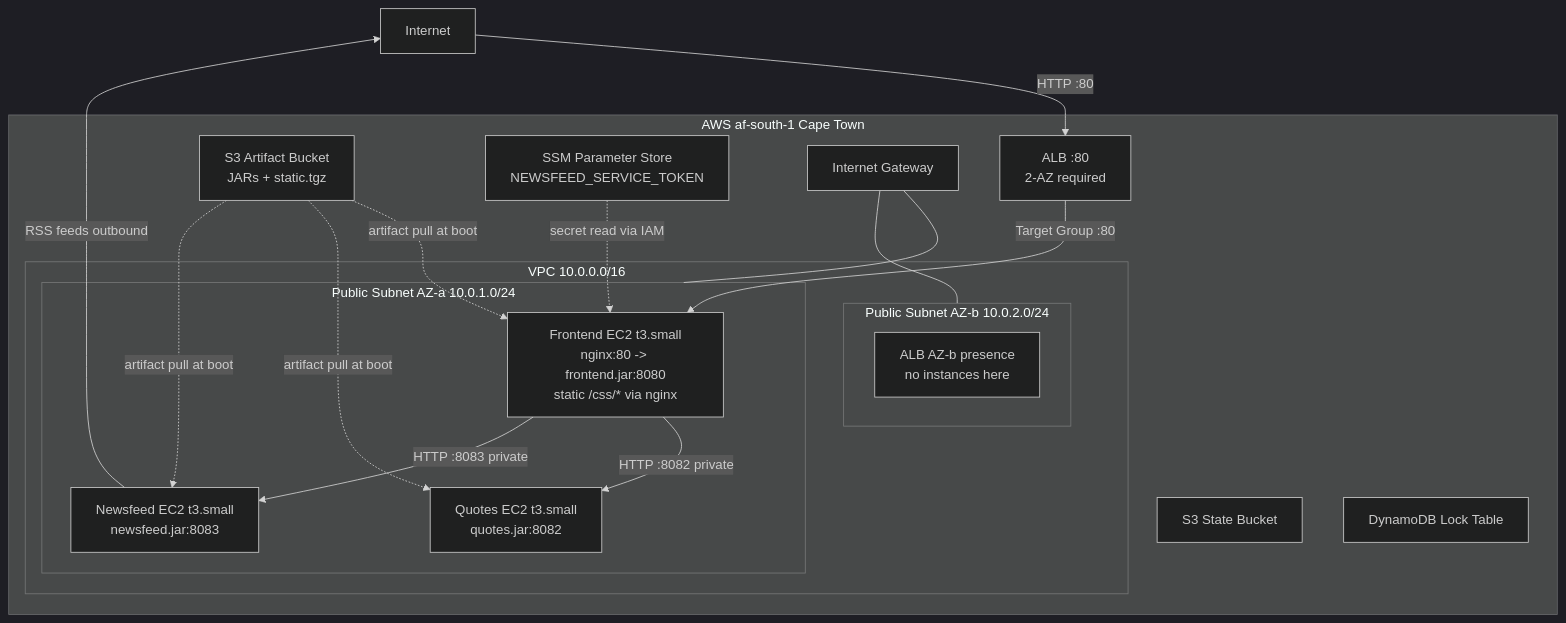
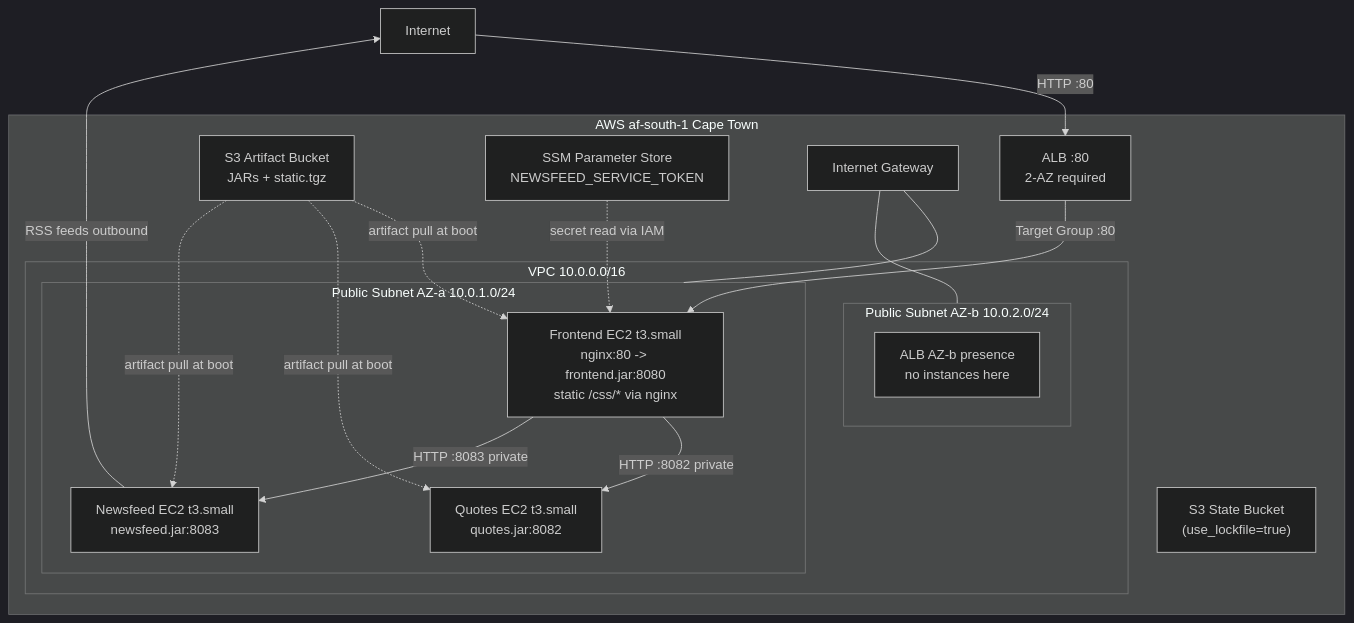
The diagram in .cursor/plans/melio_iac_assessment_plan_349f73ef.plan.md (Sanveer-Singh/Melio-infra-problem), drawn with Mermaid (dark theme) before and after one commit. The commit also changed other lines of this file and 20 other files, not shown here.

````diff
--- a/.cursor/plans/melio_iac_assessment_plan_349f73ef.plan.md
+++ b/.cursor/plans/melio_iac_assessment_plan_349f73ef.plan.md
@@ -36,35 +36,34 @@
 ```mermaid
 graph TB
     Internet["Internet"]
     
     subgraph aws ["AWS af-south-1 Cape Town"]
         subgraph vpc ["VPC 10.0.0.0/16"]
             subgraph pubSubnetA ["Public Subnet AZ-a 10.0.1.0/24"]
                 FE["Frontend EC2 t3.small\nnginx:80 -> frontend.jar:8080\nstatic /css/* via nginx"]
                 QT["Quotes EC2 t3.small\nquotes.jar:8082"]
                 NF["Newsfeed EC2 t3.small\nnewsfeed.jar:8083"]
             end
             subgraph pubSubnetB ["Public Subnet AZ-b 10.0.2.0/24"]
                 ALBSpan["ALB AZ-b presence\nno instances here"]
             end
         end
         ALB["ALB :80\n2-AZ required"]
         S3Art["S3 Artifact Bucket\nJARs + static.tgz"]
-        S3State["S3 State Bucket"]
-        DDB["DynamoDB Lock Table"]
+        S3State["S3 State Bucket\n(use_lockfile=true)"]
         SSM["SSM Parameter Store\nNEWSFEED_SERVICE_TOKEN"]
         IGW["Internet Gateway"]
     end
     
     Internet -->|"HTTP :80"| ALB
     ALB -->|"Target Group :80"| FE
     FE -->|"HTTP :8082 private"| QT
     FE -->|"HTTP :8083 private"| NF
     NF -->|"RSS feeds outbound"| Internet
     S3Art -.->|"artifact pull at boot"| FE
     S3Art -.->|"artifact pull at boot"| QT
     S3Art -.->|"artifact pull at boot"| NF
     SSM -.->|"secret read via IAM"| FE
     IGW --- pubSubnetA
     IGW --- pubSubnetB
 ```
````
